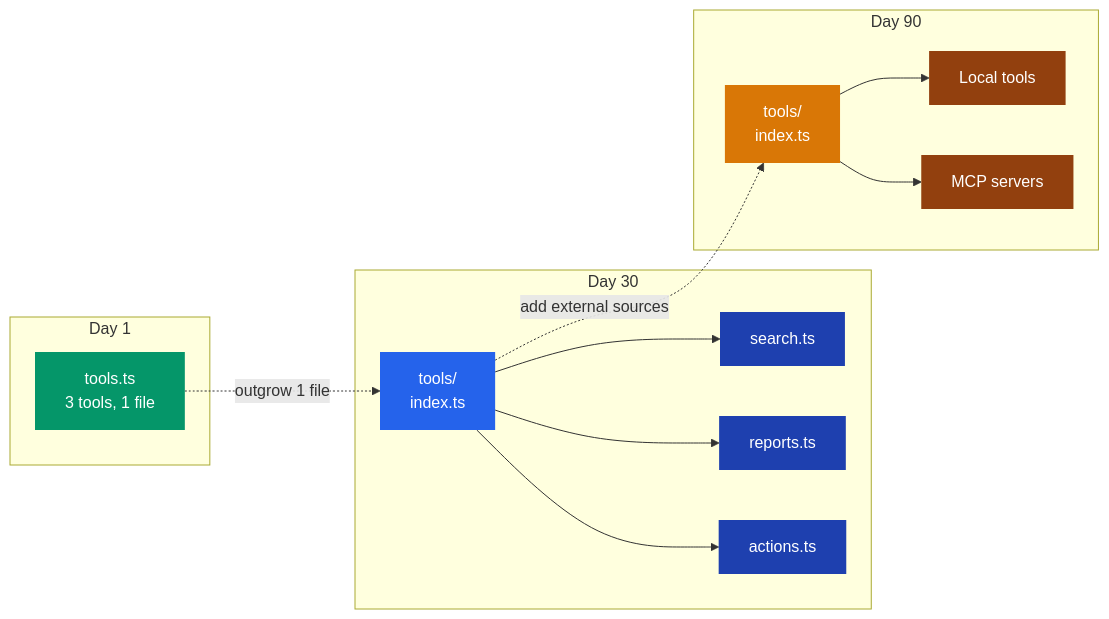
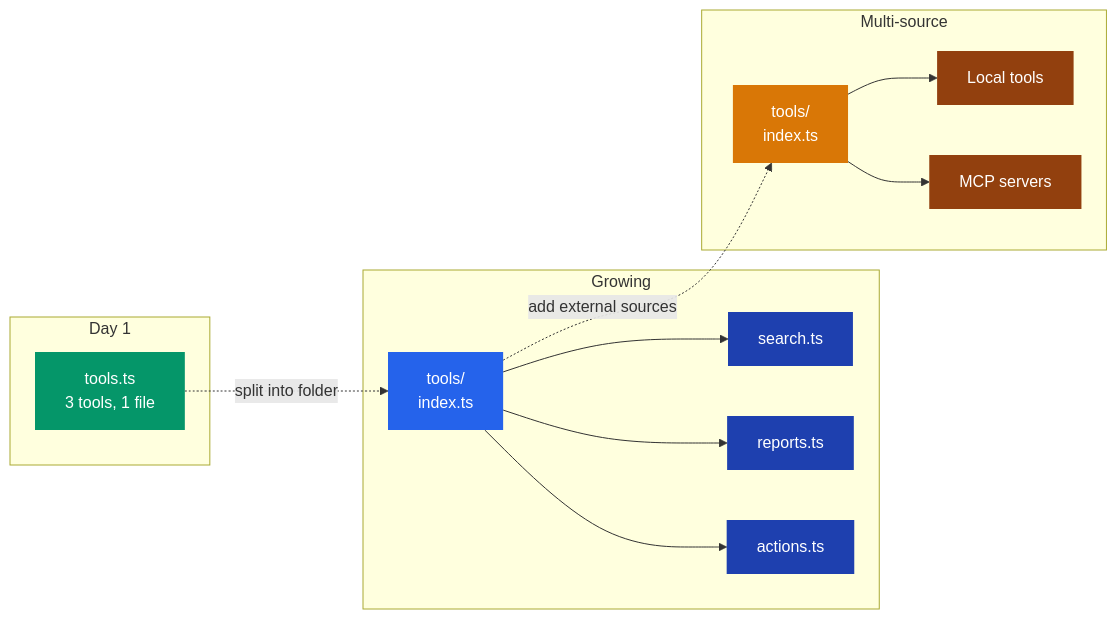
One commit to Mikeishiring/slackbot changed the sixth of 8 diagrams in README.md. Above: the diagram before and after it, drawn with Mermaid. The commit also changed other lines of this file and 1 other file, not shown here.

````diff
--- a/README.md
+++ b/README.md
@@ -177,36 +248,36 @@
 ```mermaid
 graph LR
     subgraph "Day 1"
         A["tools.ts<br/>3 tools, 1 file"]
     end
 
-    subgraph "Day 30"
+    subgraph "Growing"
         B["tools/<br/>index.ts"]
         C["search.ts"]
         D["reports.ts"]
         E["actions.ts"]
         B --> C
         B --> D
         B --> E
     end
 
-    subgraph "Day 90"
+    subgraph "Multi-source"
         F["tools/<br/>index.ts"]
         G["Local tools"]
         H["MCP servers"]
         F --> G
         F --> H
     end
 
-    A -.->|"outgrow 1 file"| B
+    A -.->|"split into folder"| B
     B -.->|"add external sources"| F
 
     style A fill:#059669,color:#fff,stroke:none
     style B fill:#2563EB,color:#fff,stroke:none
     style C fill:#1e40af,color:#fff,stroke:none
     style D fill:#1e40af,color:#fff,stroke:none
     style E fill:#1e40af,color:#fff,stroke:none
     style F fill:#D97706,color:#fff,stroke:none
     style G fill:#92400e,color:#fff,stroke:none
     style H fill:#92400e,color:#fff,stroke:none
 ```
````
